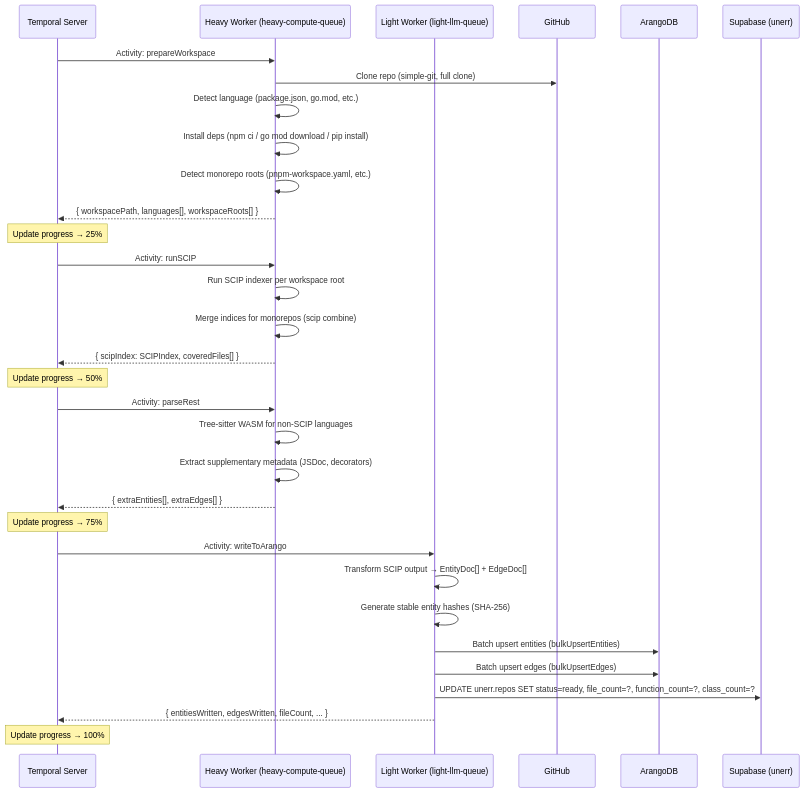
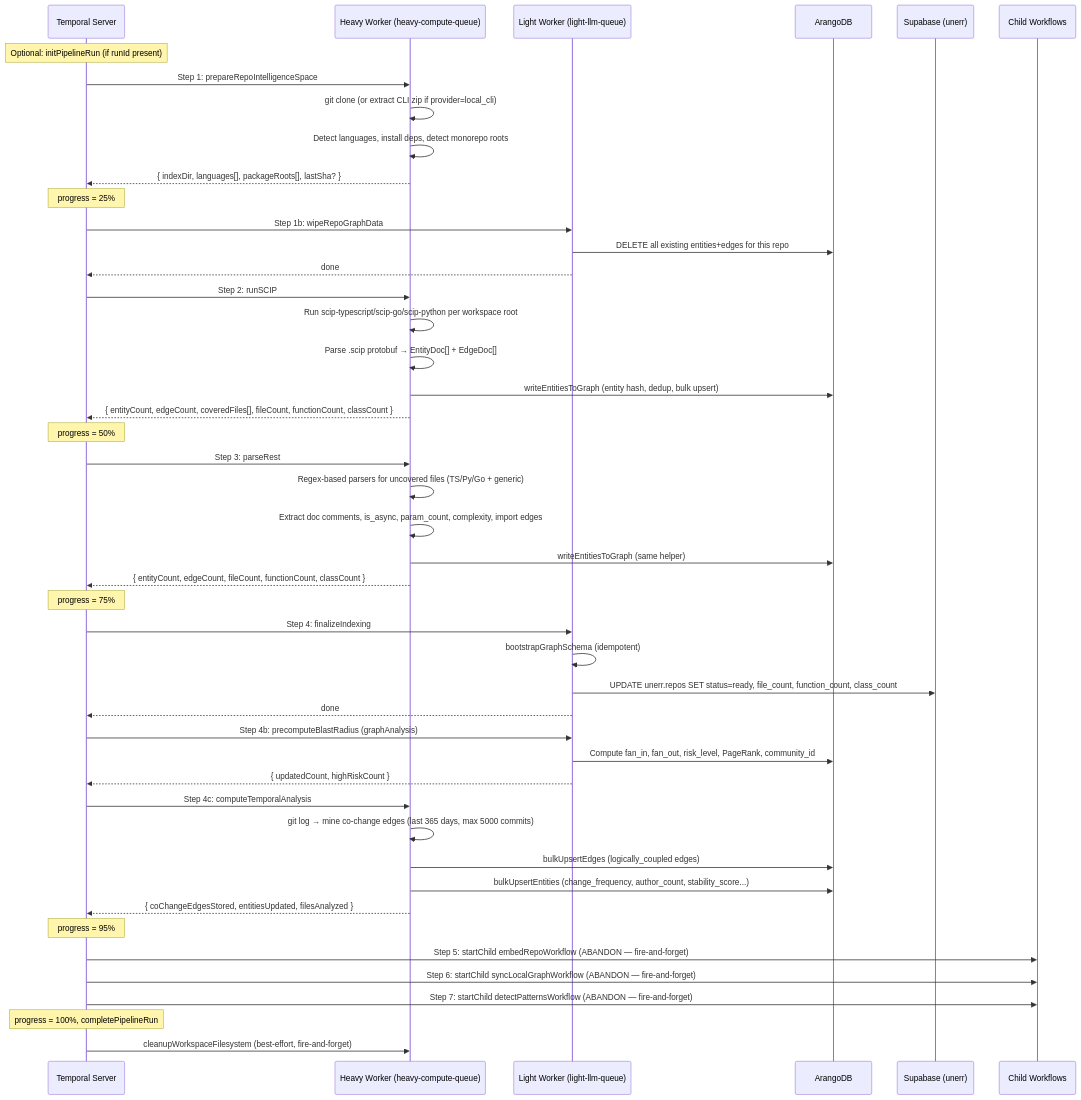
The third of 5 diagrams in docs/architecture/PHASE_1_GITHUB_CONNECT_AND_INDEXING.md (AutoRail-AI/kap10-server), drawn with Mermaid before and after one commit. The commit also changed other lines of this file and 50 other files, not shown here.

````diff
--- a/docs/architecture/PHASE_1_GITHUB_CONNECT_AND_INDEXING.md
+++ b/docs/architecture/PHASE_1_GITHUB_CONNECT_AND_INDEXING.md
@@ -201,42 +201,59 @@
 ```mermaid
 sequenceDiagram
     participant Temporal as Temporal Server
     participant Heavy as Heavy Worker (heavy-compute-queue)
     participant Light as Light Worker (light-llm-queue)
-    participant GitHub
     participant ArangoDB
     participant Supabase as Supabase (unerr)
+    participant ChildWF as Child Workflows
 
-    Temporal->>Heavy: Activity: prepareWorkspace
-    Heavy->>GitHub: Clone repo (simple-git, full clone)
-    Heavy->>Heavy: Detect language (package.json, go.mod, etc.)
-    Heavy->>Heavy: Install deps (npm ci / go mod download / pip install)
-    Heavy->>Heavy: Detect monorepo roots (pnpm-workspace.yaml, etc.)
-    Heavy-->>Temporal: { workspacePath, languages[], workspaceRoots[] }
+    Note over Temporal: Optional: initPipelineRun (if runId present)
 
-    Note over Temporal: Update progress → 25%
+    Temporal->>Heavy: Step 1: prepareRepoIntelligenceSpace
+    Heavy->>Heavy: git clone (or extract CLI zip if provider=local_cli)
+    Heavy->>Heavy: Detect languages, install deps, detect monorepo roots
+    Heavy-->>Temporal: { indexDir, languages[], packageRoots[], lastSha? }
+    Note over Temporal: progress = 25%
 
-    Temporal->>Heavy: Activity: runSCIP
-    Heavy->>Heavy: Run SCIP indexer per workspace root
-    Heavy->>Heavy: Merge indices for monorepos (scip combine)
-    Heavy-->>Temporal: { scipIndex: SCIPIndex, coveredFiles[] }
+    Temporal->>Light: Step 1b: wipeRepoGraphData
+    Light->>ArangoDB: DELETE all existing entities+edges for this repo
+    Light-->>Temporal: done
 
-    Note over Temporal: Update progress → 50%
+    Temporal->>Heavy: Step 2: runSCIP
+    Heavy->>Heavy: Run scip-typescript/scip-go/scip-python per workspace root
+    Heavy->>Heavy: Parse .scip protobuf → EntityDoc[] + EdgeDoc[]
+    Heavy->>ArangoDB: writeEntitiesToGraph (entity hash, dedup, bulk upsert)
+    Heavy-->>Temporal: { entityCount, edgeCount, coveredFiles[], fileCount, functionCount, classCount }
+    Note over Temporal: progress = 50%
 
-    Temporal->>Heavy: Activity: parseRest
-    Heavy->>Heavy: Tree-sitter WASM for non-SCIP languages
-    Heavy->>Heavy: Extract supplementary metadata (JSDoc, decorators)
-    Heavy-->>Temporal: { extraEntities[], extraEdges[] }
+    Temporal->>Heavy: Step 3: parseRest
+    Heavy->>Heavy: Regex-based parsers for uncovered files (TS/Py/Go + generic)
+    Heavy->>Heavy: Extract doc comments, is_async, param_count, complexity, import edges
+    Heavy->>ArangoDB: writeEntitiesToGraph (same helper)
+    Heavy-->>Temporal: { entityCount, edgeCount, fileCount, functionCount, classCount }
+    Note over Temporal: progress = 75%
 
-    Note over Temporal: Update progress → 75%
+    Temporal->>Light: Step 4: finalizeIndexing
+    Light->>Light: bootstrapGraphSchema (idempotent)
+    Light->>Supabase: UPDATE unerr.repos SET status=ready, file_count, function_count, class_count
+    Light-->>Temporal: done
 
-    Temporal->>Light: Activity: writeToArango
-    Light->>Light: Transform SCIP output → EntityDoc[] + EdgeDoc[]
-    Light->>Light: Generate stable entity hashes (SHA-256)
-    Light->>ArangoDB: Batch upsert entities (bulkUpsertEntities)
-    Light->>ArangoDB: Batch upsert edges (bulkUpsertEdges)
-    Light->>Supabase: UPDATE unerr.repos SET status=ready, file_count=?, function_count=?, class_count=?
-    Light-->>Temporal: { entitiesWritten, edgesWritten, fileCount, ... }
+    Temporal->>Light: Step 4b: precomputeBlastRadius (graphAnalysis)
+    Light->>ArangoDB: Compute fan_in, fan_out, risk_level, PageRank, community_id
+    Light-->>Temporal: { updatedCount, highRiskCount }
 
-    Note over Temporal: Update progress → 100%
+    Temporal->>Heavy: Step 4c: computeTemporalAnalysis
+    Heavy->>Heavy: git log → mine co-change edges (last 365 days, max 5000 commits)
+    Heavy->>ArangoDB: bulkUpsertEdges (logically_coupled edges)
+    Heavy->>ArangoDB: bulkUpsertEntities (change_frequency, author_count, stability_score...)
+    Heavy-->>Temporal: { coChangeEdgesStored, entitiesUpdated, filesAnalyzed }
+
+    Note over Temporal: progress = 95%
+
+    Temporal->>ChildWF: Step 5: startChild embedRepoWorkflow (ABANDON — fire-and-forget)
+    Temporal->>ChildWF: Step 6: startChild syncLocalGraphWorkflow (ABANDON — fire-and-forget)
+    Temporal->>ChildWF: Step 7: startChild detectPatternsWorkflow (ABANDON — fire-and-forget)
+
+    Note over Temporal: progress = 100%, completePipelineRun
+    Temporal->>Heavy: cleanupWorkspaceFilesystem (best-effort, fire-and-forget)
 ```
````
